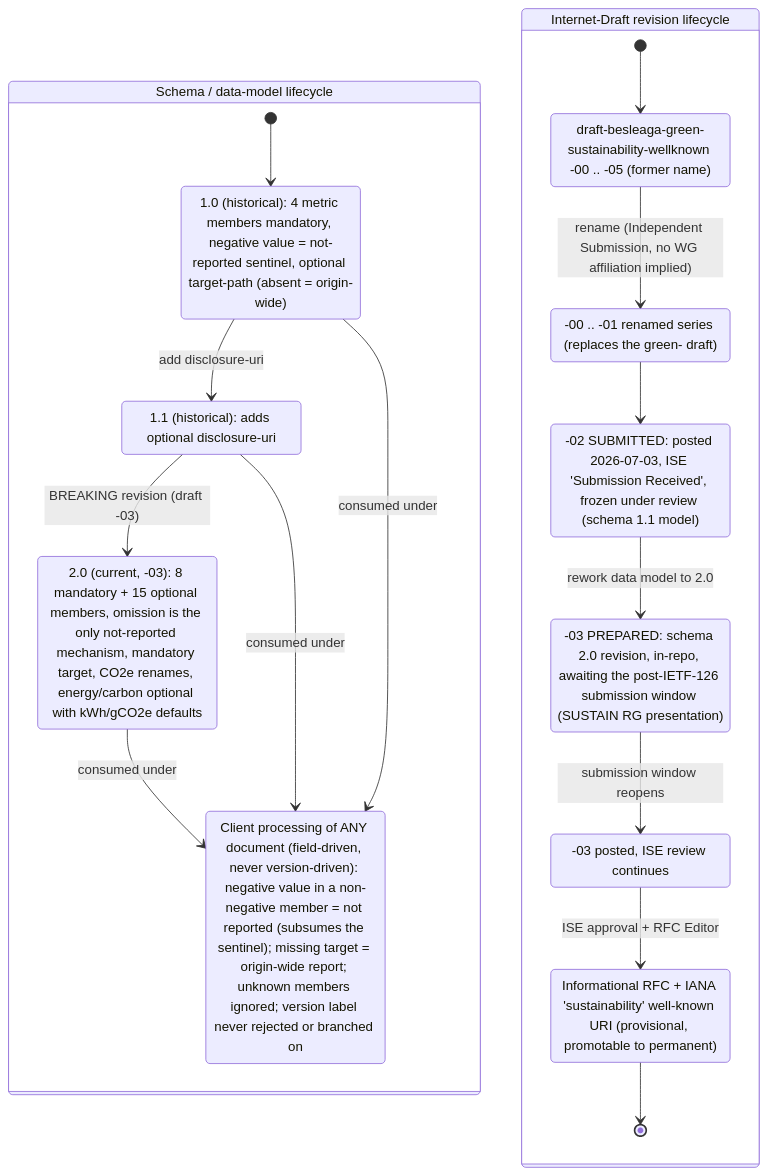
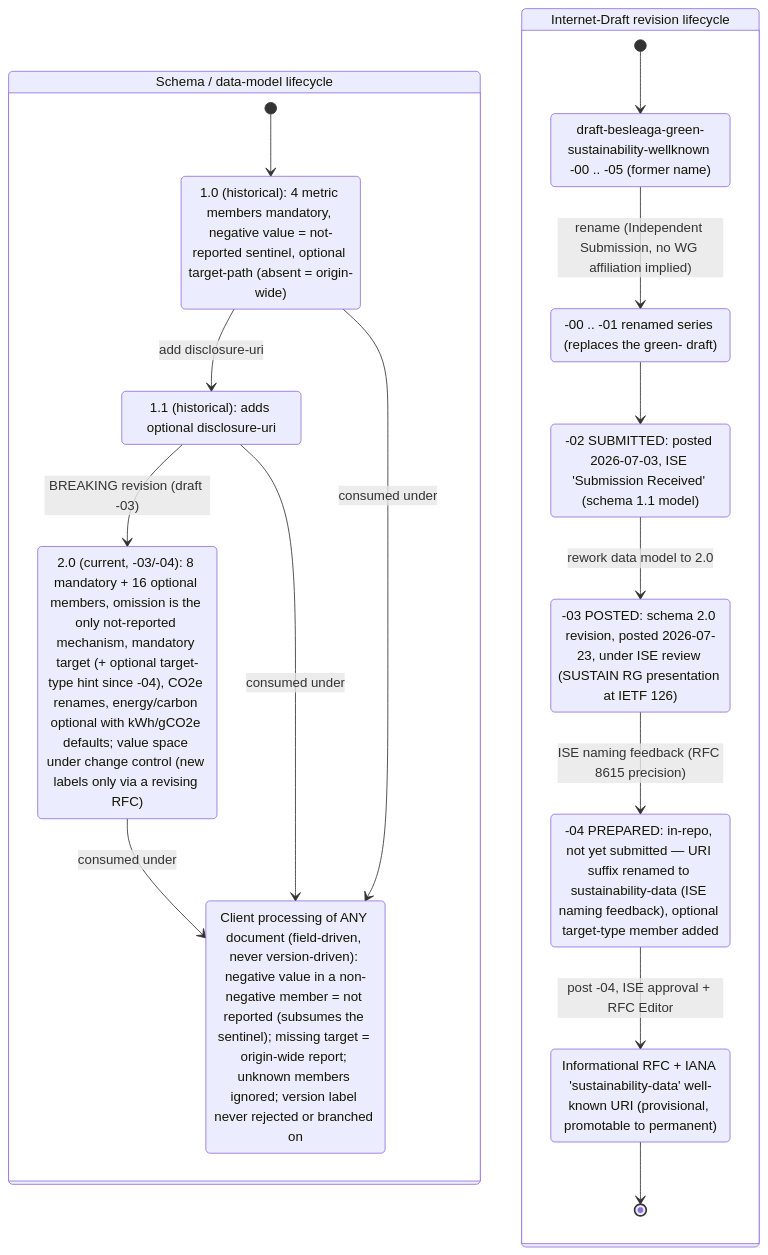
Before and after one commit to andreibesleaga/rfc-sustainability-wellknown: the fifth of 10 diagrams in architecture/README.md, drawn with Mermaid. The commit also changed other lines of this file and 117 other files, not shown here.

````diff
--- a/architecture/README.md
+++ b/architecture/README.md
@@ -392,33 +404,33 @@
 ```mermaid
 stateDiagram-v2
     state "Schema / data-model lifecycle" as SCHEMA {
         state "1.0 (historical): 4 metric members mandatory, negative value = not-reported sentinel, optional target-path (absent = origin-wide)" as V10
         state "1.1 (historical): adds optional disclosure-uri" as V11
-        state "2.0 (current, -03): 8 mandatory + 15 optional members, omission is the only not-reported mechanism, mandatory target, CO2e renames, energy/carbon optional with kWh/gCO2e defaults" as V20
+        state "2.0 (current, -03/-04): 8 mandatory + 16 optional members, omission is the only not-reported mechanism, mandatory target (+ optional target-type hint since -04), CO2e renames, energy/carbon optional with kWh/gCO2e defaults; value space under change control (new labels only via a revising RFC)" as V20
         state "Client processing of ANY document (field-driven, never version-driven): negative value in a non-negative member = not reported (subsumes the sentinel); missing target = origin-wide report; unknown members ignored; version label never rejected or branched on" as COMPAT
 
         [*] --> V10
         V10 --> V11 : add disclosure-uri
         V11 --> V20 : BREAKING revision (draft -03)
         V20 --> COMPAT : consumed under
         V11 --> COMPAT : consumed under
         V10 --> COMPAT : consumed under
     }
 
     state "Internet-Draft revision lifecycle" as DRAFT {
         state "draft-besleaga-green-sustainability-wellknown -00 .. -05 (former name)" as GREEN
         state "-00 .. -01 renamed series (replaces the green- draft)" as EARLY
-        state "-02 SUBMITTED: posted 2026-07-03, ISE 'Submission Received', frozen under review (schema 1.1 model)" as SUBMITTED
-        state "-03 PREPARED: schema 2.0 revision, in-repo, awaiting the post-IETF-126 submission window (SUSTAIN RG presentation)" as PREPARED
-        state "-03 posted, ISE review continues" as POSTED
-        state "Informational RFC + IANA 'sustainability' well-known URI (provisional, promotable to permanent)" as RFC
+        state "-02 SUBMITTED: posted 2026-07-03, ISE 'Submission Received' (schema 1.1 model)" as SUBMITTED
+        state "-03 POSTED: schema 2.0 revision, posted 2026-07-23, under ISE review (SUSTAIN RG presentation at IETF 126)" as POSTED
+        state "-04 PREPARED: in-repo, not yet submitted — URI suffix renamed to sustainability-data (ISE naming feedback), optional target-type member added" as PREPARED4
+        state "Informational RFC + IANA 'sustainability-data' well-known URI (provisional, promotable to permanent)" as RFC
 
         [*] --> GREEN
         GREEN --> EARLY : rename (Independent Submission, no WG affiliation implied)
         EARLY --> SUBMITTED
-        SUBMITTED --> PREPARED : rework data model to 2.0
-        PREPARED --> POSTED : submission window reopens
-        POSTED --> RFC : ISE approval + RFC Editor
+        SUBMITTED --> POSTED : rework data model to 2.0
+        POSTED --> PREPARED4 : ISE naming feedback (RFC 8615 precision)
+        PREPARED4 --> RFC : post -04, ISE approval + RFC Editor
         RFC --> [*]
     }
 ```
````
